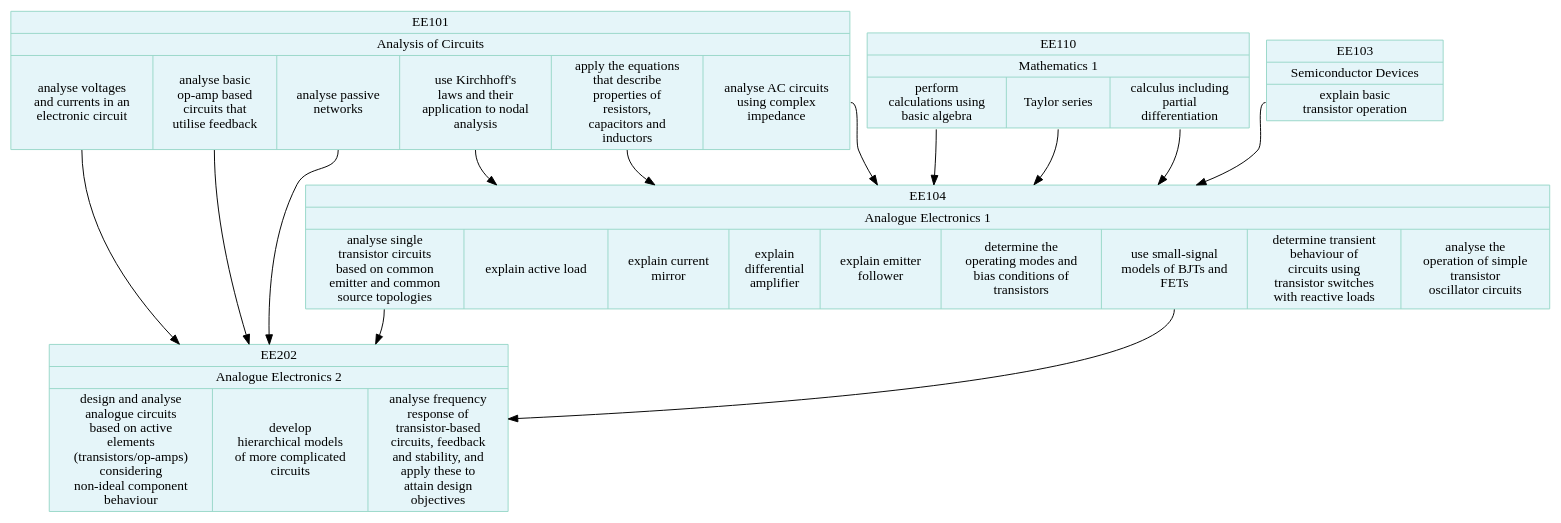
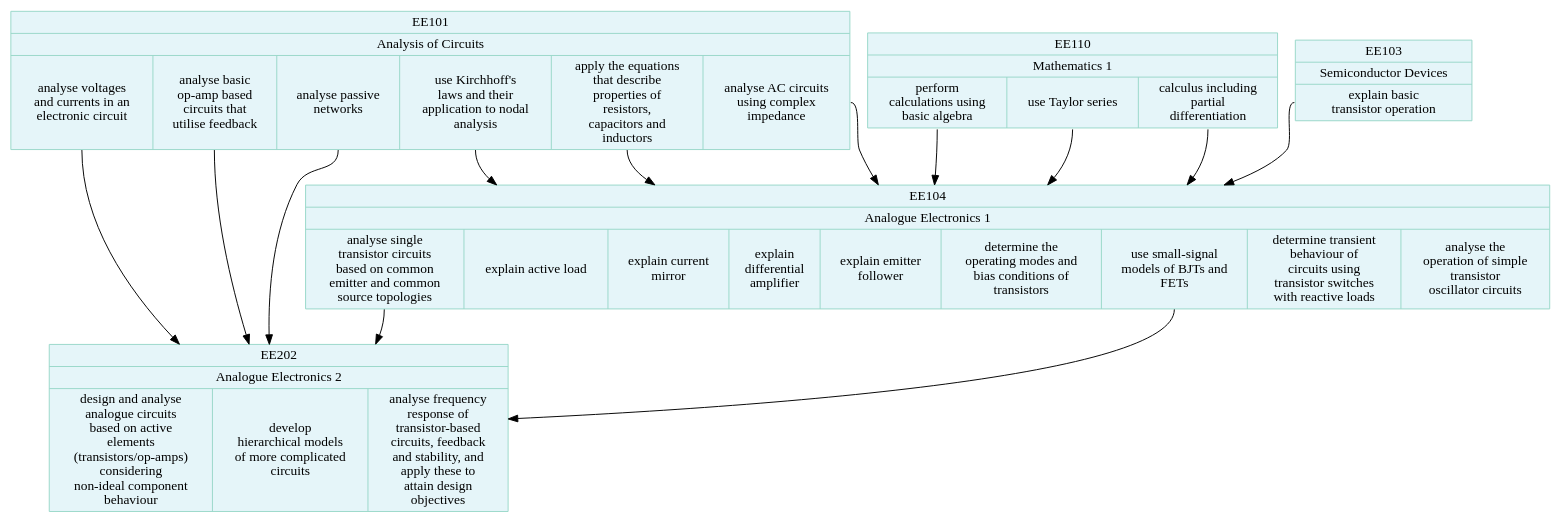
One commit to johnwickerson/ee_modules changed the diagram in modules.dot. Above: the diagram before and after it, drawn with Graphviz. The commit also changed 1 other file, not shown here.

```diff
--- a/modules.dot
+++ b/modules.dot
@@ -1,54 +1,54 @@
 // This is an auto-generated file. Don't edit this file; edit `modules.yml` instead.
 
 digraph {
   node[shape=record, style="filled"];
   node[color="#99d8c9", fillcolor="#e5f5f9"];
   EE101 [label="{EE101 | Analysis of Circuits | {
     <1>analyse voltages\nand currents in an\nelectronic circuit |
     <2>analyse basic\nop-amp based\ncircuits that\nutilise feedback |
     <3>analyse passive\nnetworks |
     <4>use Kirchhoff's\nlaws and their\napplication to nodal\nanalysis |
     <5>apply the equations\nthat describe\nproperties of\nresistors,\ncapacitors and\ninductors |
     <6>analyse AC circuits\nusing complex\nimpedance
   }}"];
 
   EE110 [label="{EE110 | Mathematics 1 | {
     <1>perform\ncalculations using\nbasic algebra |
-    <2>Taylor series |
+    <2>use Taylor series |
     <3>calculus including\npartial\ndifferentiation
   }}"];
 
   EE103 [label="{EE103 | Semiconductor Devices | {
     <1>explain basic\ntransistor operation
   }}"];
 
   EE104 [label="{EE104 | Analogue Electronics 1 | {
     <1>analyse single\ntransistor circuits\nbased on common\nemitter and common\nsource topologies |
     <2>explain active load |
     <3>explain current\nmirror |
     <4>explain\ndifferential\namplifier |
     <5>explain emitter\nfollower |
     <6>determine the\noperating modes and\nbias conditions of\ntransistors |
     <7>use small-signal\nmodels of BJTs and\nFETs |
     <8>determine transient\nbehaviour of\ncircuits using\ntransistor switches\nwith reactive loads |
     <9>analyse the\noperation of simple\ntransistor\noscillator circuits
   }}"];
   EE101:4 -> EE104;
   EE101:5 -> EE104;
   EE101:6 -> EE104;
   EE110:1 -> EE104;
   EE110:2 -> EE104;
   EE110:3 -> EE104;
   EE103:1 -> EE104;
 
   EE202 [label="{EE202 | Analogue Electronics 2 | {
     <1>design and analyse\nanalogue circuits\nbased on active\nelements\n(transistors/op-amps)\nconsidering\nnon-ideal component\nbehaviour |
     <2>develop\nhierarchical models\nof more complicated\ncircuits |
     <3>analyse frequency\nresponse of\ntransistor-based\ncircuits, feedback\nand stability, and\napply these to\nattain design\nobjectives
   }}"];
   EE101:1 -> EE202;
   EE101:2 -> EE202;
   EE101:3 -> EE202;
   EE104:1 -> EE202;
   EE104:7 -> EE202;
 }
```
